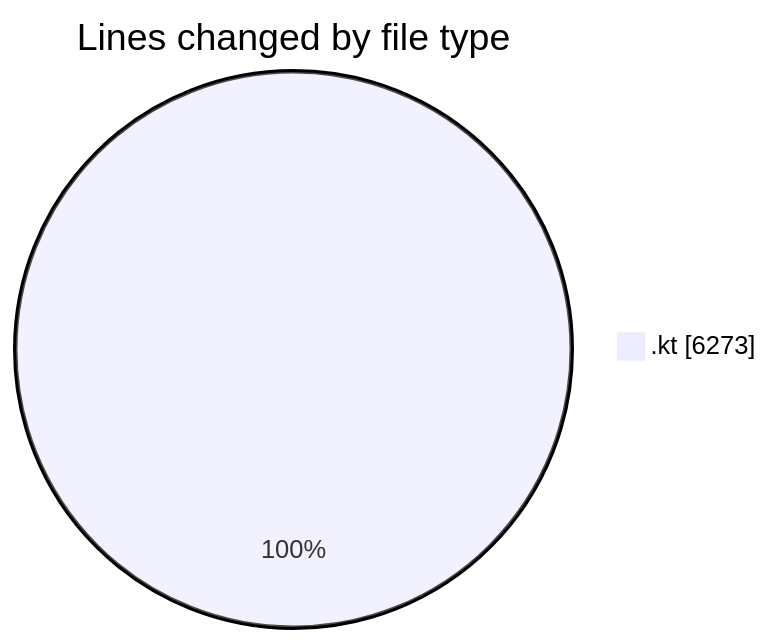
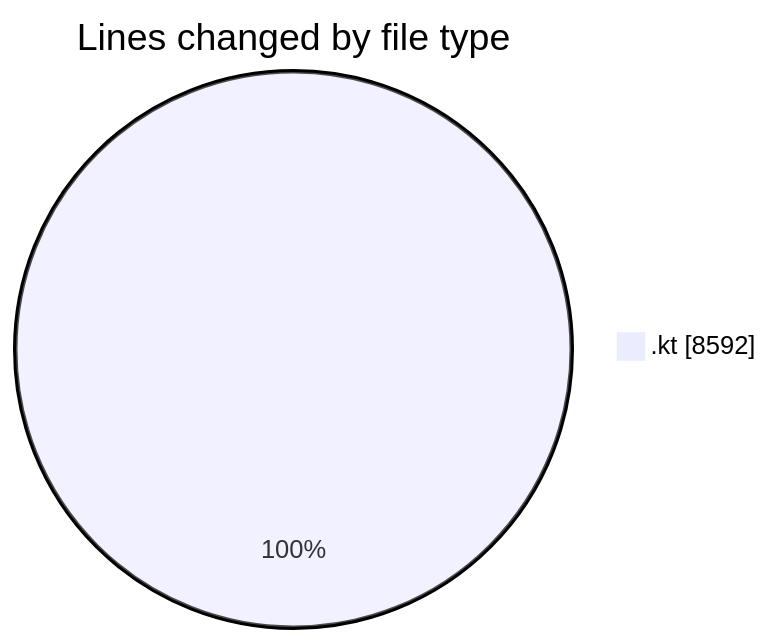
Before and after one commit to Unknowalive/code-tracking: the first of 2 diagrams in 2026-04-08/t2s/README.md, drawn with Mermaid. The commit also changed other lines of this file and 1 other file, not shown here.

````diff
--- a/2026-04-08/t2s/README.md
+++ b/2026-04-08/t2s/README.md
@@ -35,5 +42,5 @@
 ```mermaid
 pie showData
 title Lines changed by file type
-".kt" : 6273
+".kt" : 8592
 ```
````
